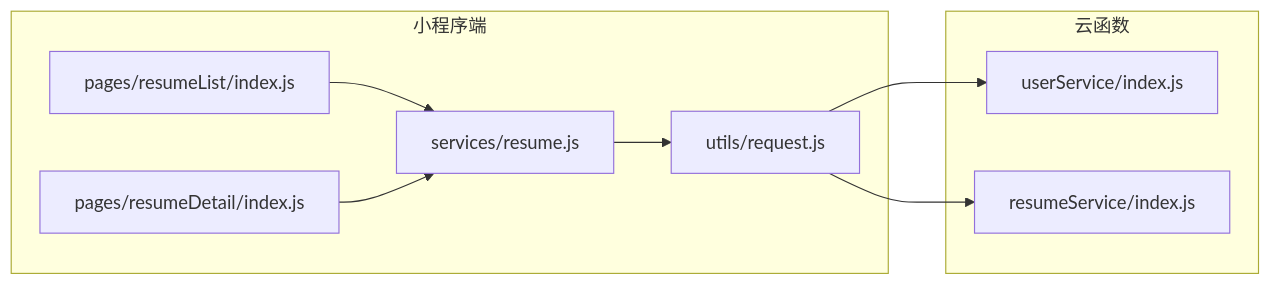
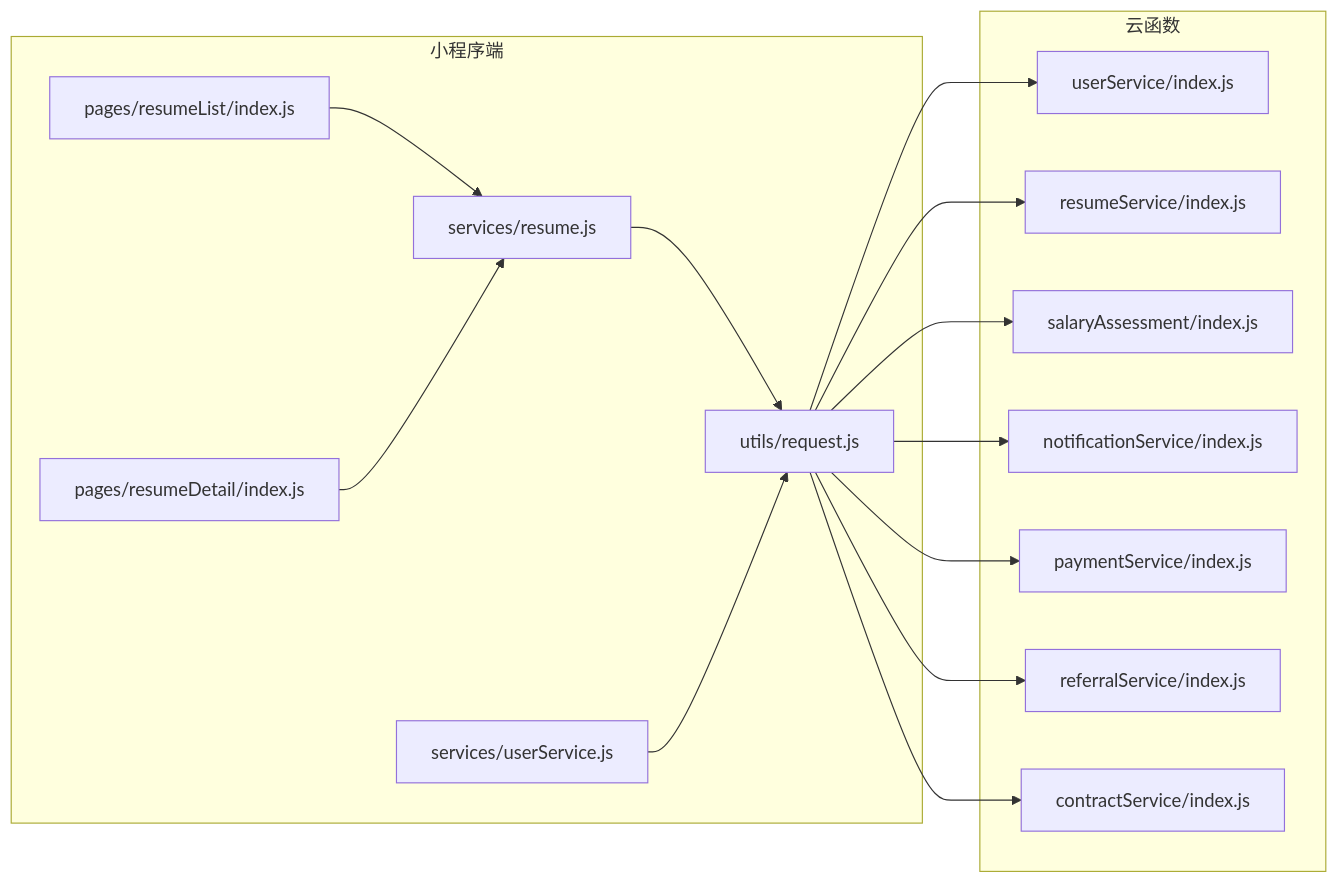
Before and after one commit to sunxuebo91/-: the third of 3 diagrams in .qoder/repowiki/zh/content/API参考/API参考.md, drawn with Mermaid. The commit also changed other lines of this file and 123 other files, not shown here.

````diff
--- a/.qoder/repowiki/zh/content/API参考/API参考.md
+++ b/.qoder/repowiki/zh/content/API参考/API参考.md
@@ -240,18 +657,30 @@
 ```mermaid
 graph LR
 subgraph "云函数"
 US["userService/index.js"]
 RS["resumeService/index.js"]
+SA["salaryAssessment/index.js"]
+NS["notificationService/index.js"]
+PS["paymentService/index.js"]
+FR["referralService/index.js"]
+CS["contractService/index.js"]
 end
 subgraph "小程序端"
 P1["pages/resumeList/index.js"]
 P2["pages/resumeDetail/index.js"]
-S["services/resume.js"]
+S1["services/resume.js"]
+S2["services/userService.js"]
 R["utils/request.js"]
 end
-P1 --> S
-P2 --> S
-S --> R
+P1 --> S1
+P2 --> S1
+S1 --> R
+S2 --> R
 R --> US
 R --> RS
+R --> SA
+R --> NS
+R --> PS
+R --> FR
+R --> CS
 ```
````
